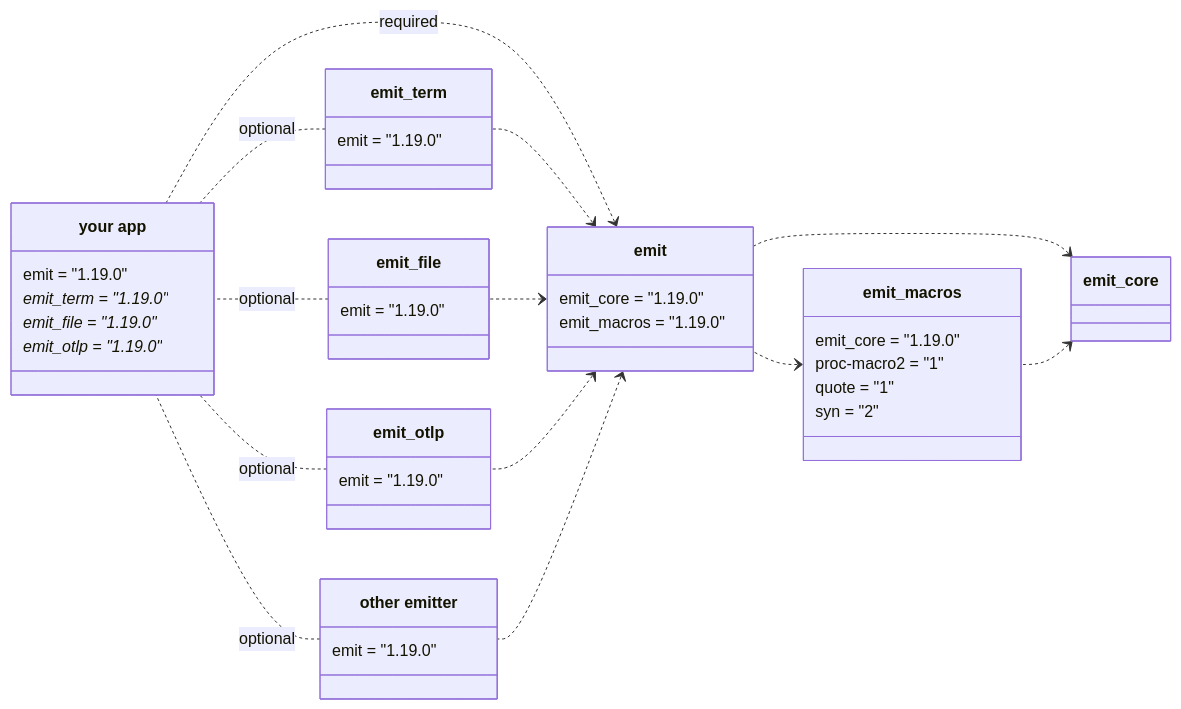
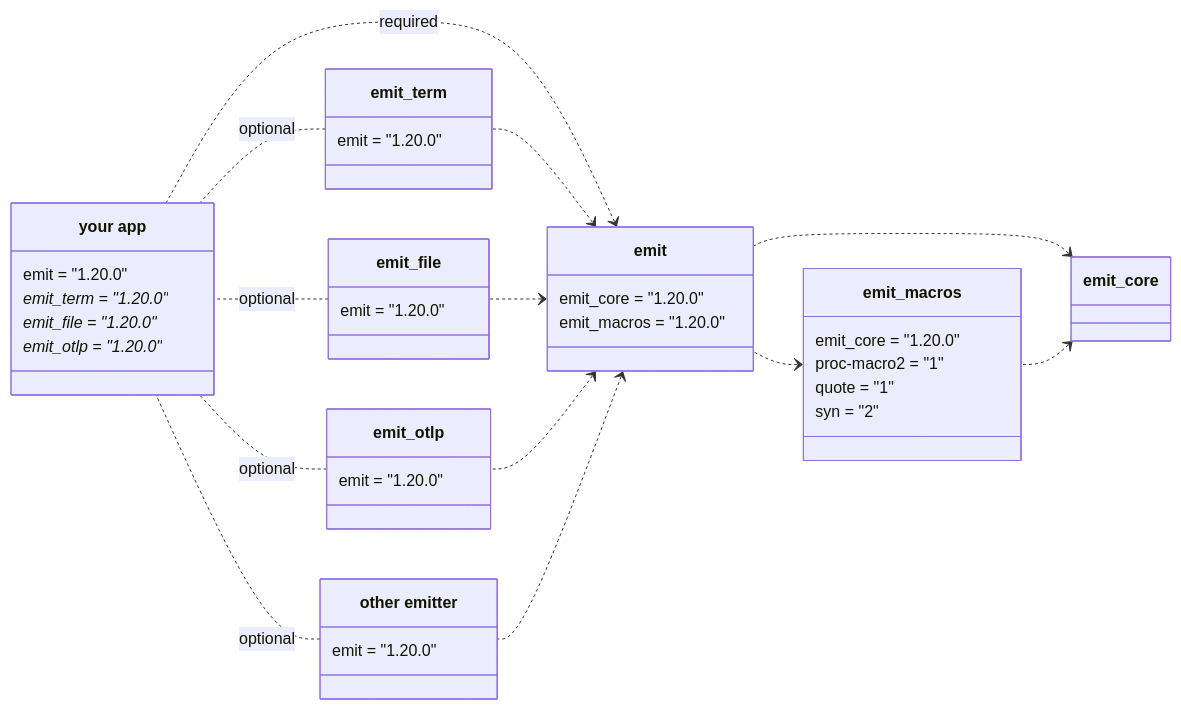
One commit to emit-rs/emit changed the first of 5 diagrams in book/src/reference/architecture.md. Above: the diagram before and after it, drawn with Mermaid. The commit also changed other lines of this file and 74 other files, not shown here.

````diff
--- a/book/src/reference/architecture.md
+++ b/book/src/reference/architecture.md
@@ -9,62 +9,62 @@
 ```mermaid
 classDiagram
     direction RL
     
     emit_core <.. emit_macros
     emit_core <.. emit
     emit_macros <.. emit
 
     class emit_macros {
-        emit_core = "1.19.0"
+        emit_core = "1.20.0"
         proc-macro2 = "1"
         quote = "1"
         syn = "2"
     }
 
     emit <.. emit_term
     emit <.. emit_file
     emit <.. emit_otlp
     emit <.. emit_custom
 
     emit <.. app : required
 
     class emit {
-        emit_core = "1.19.0"
-        emit_macros = "1.19.0"
+        emit_core = "1.20.0"
+        emit_macros = "1.20.0"
     }
 
     emit_term .. app : optional
     emit_file .. app : optional
     emit_otlp .. app : optional
     emit_custom .. app : optional
 
     class emit_term {
-        emit = "1.19.0"
+        emit = "1.20.0"
     }
 
     class emit_file {
-        emit = "1.19.0"
+        emit = "1.20.0"
     }
 
     class emit_otlp {
-        emit = "1.19.0"
+        emit = "1.20.0"
     }
 
     class emit_custom["other emitter"] {
-        emit = "1.19.0"
+        emit = "1.20.0"
     }
 
     class app["your app"] {
-        emit = "1.19.0"
-        emit_term = "1.19.0"*
-        emit_file = "1.19.0"*
-        emit_otlp = "1.19.0"*
+        emit = "1.20.0"
+        emit_term = "1.20.0"*
+        emit_file = "1.20.0"*
+        emit_otlp = "1.20.0"*
     }
 
-    click emit_core href "https://docs.rs/emit_core/1.19.0/emit_core/index.html"
-    click emit_macros href "https://docs.rs/emit_macros/1.19.0/emit_macros/index.html"
-    click emit href "https://docs.rs/emit/1.19.0/emit/index.html"
-    click emit_term href "https://docs.rs/emit_term/1.19.0/emit_term/index.html"
-    click emit_file href "https://docs.rs/emit_file/1.19.0/emit_file/index.html"
-    click emit_otlp href "https://docs.rs/emit_otlp/1.19.0/emit_otlp/index.html"
+    click emit_core href "https://docs.rs/emit_core/1.20.0/emit_core/index.html"
+    click emit_macros href "https://docs.rs/emit_macros/1.20.0/emit_macros/index.html"
+    click emit href "https://docs.rs/emit/1.20.0/emit/index.html"
+    click emit_term href "https://docs.rs/emit_term/1.20.0/emit_term/index.html"
+    click emit_file href "https://docs.rs/emit_file/1.20.0/emit_file/index.html"
+    click emit_otlp href "https://docs.rs/emit_otlp/1.20.0/emit_otlp/index.html"
 ```
````
